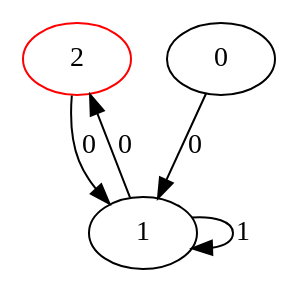
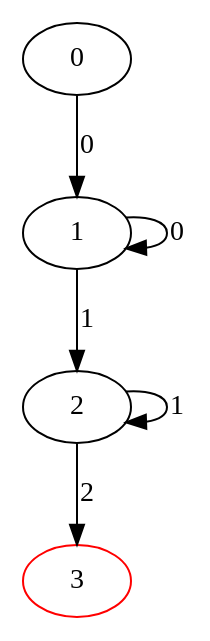
Before and after one commit to fedjakova-anastasija/TofAandFL: the diagram in det/det/output.dot, drawn with Graphviz. The commit also changed 22 other files, not shown here.

```diff
--- a/det/det/output.dot
+++ b/det/det/output.dot
@@ -1,7 +1,11 @@
 digraph Avtomatic {
-2 [color = red]
+0
+1
+2
+3 [color = red]
 	0->1[label=0]
-	1->2[label=0]
-	1->1[label=1]
-	2->1[label=0]
+	1->1[label=0]
+	1->2[label=1]
+	2->2[label=1]
+	2->3[label=2]
 }
```
